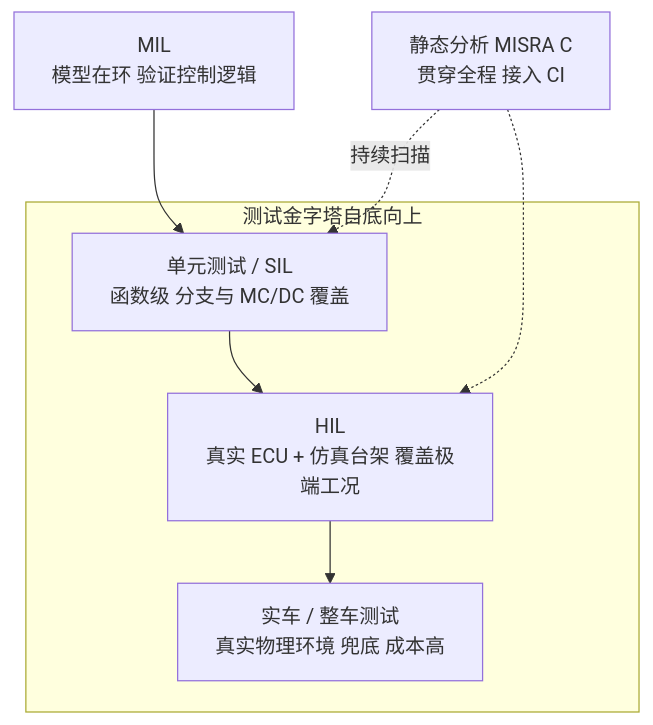
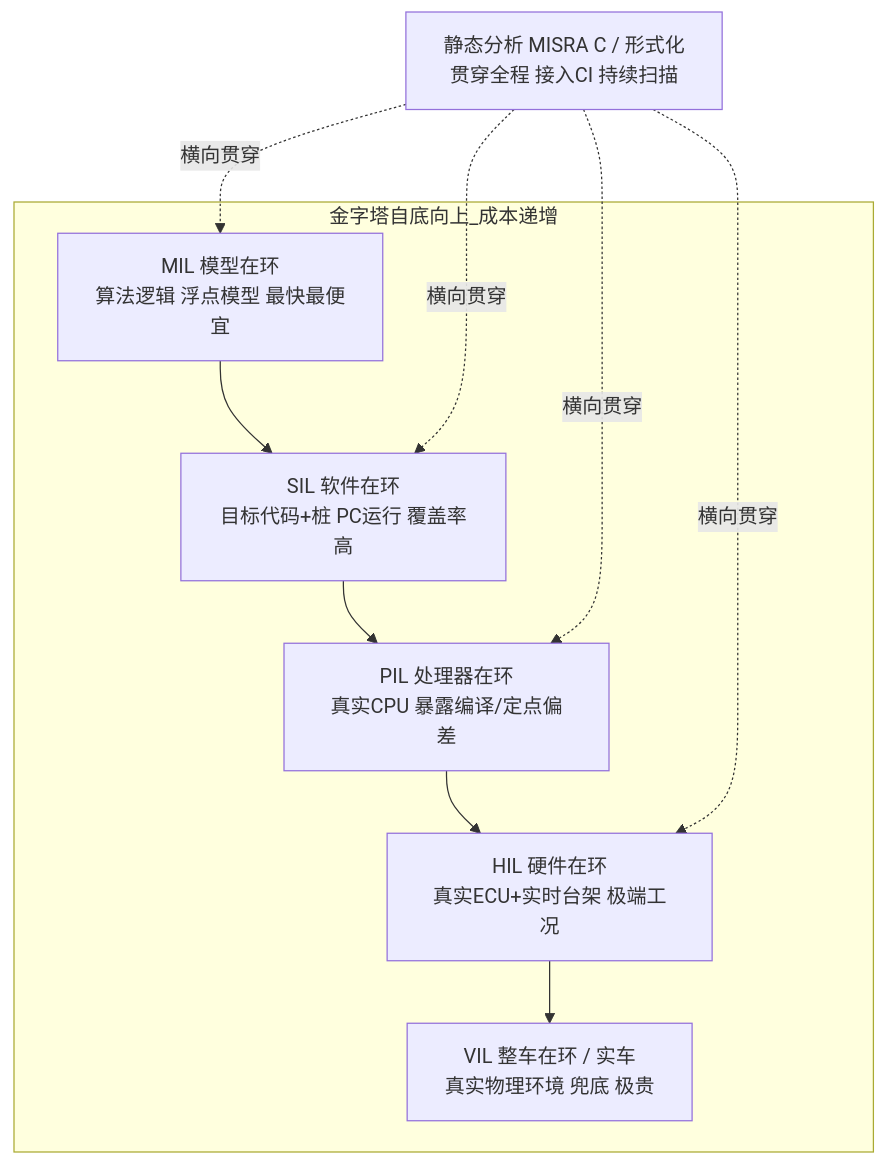
The first of 11 diagrams in articles/16-testing-ci.md (1208826038/embedded-skill-notes), drawn with Mermaid before and after one commit. The commit also changed other lines of this file, not shown here.

````diff
--- a/articles/16-testing-ci.md
+++ b/articles/16-testing-ci.md
@@ -26,12 +56,15 @@
 ```mermaid
 graph TD
-    subgraph 测试金字塔自底向上
-    U[单元测试 / SIL<br/>函数级 分支与 MC/DC 覆盖]
-    I[HIL<br/>真实 ECU + 仿真台架 覆盖极端工况]
-    V[实车 / 整车测试<br/>真实物理环境 兜底 成本高]
+    subgraph 金字塔自底向上_成本递增
+    MIL[MIL 模型在环<br/>算法逻辑 浮点模型 最快最便宜]
+    SIL[SIL 软件在环<br/>目标代码+桩 PC运行 覆盖率高]
+    PIL[PIL 处理器在环<br/>真实CPU 暴露编译/定点偏差]
+    HIL[HIL 硬件在环<br/>真实ECU+实时台架 极端工况]
+    VIL[VIL 整车在环 / 实车<br/>真实物理环境 兜底 极贵]
     end
-    M[MIL<br/>模型在环 验证控制逻辑] --> U
-    U --> I --> V
-    SA[静态分析 MISRA C<br/>贯穿全程 接入 CI] -.持续扫描.-> U
-    SA -.-> I
+    MIL --> SIL --> PIL --> HIL --> VIL
+    SA[静态分析 MISRA C / 形式化<br/>贯穿全程 接入CI 持续扫描] -.横向贯穿.-> MIL
+    SA -.横向贯穿.-> SIL
+    SA -.横向贯穿.-> PIL
+    SA -.横向贯穿.-> HIL
 ```
````
